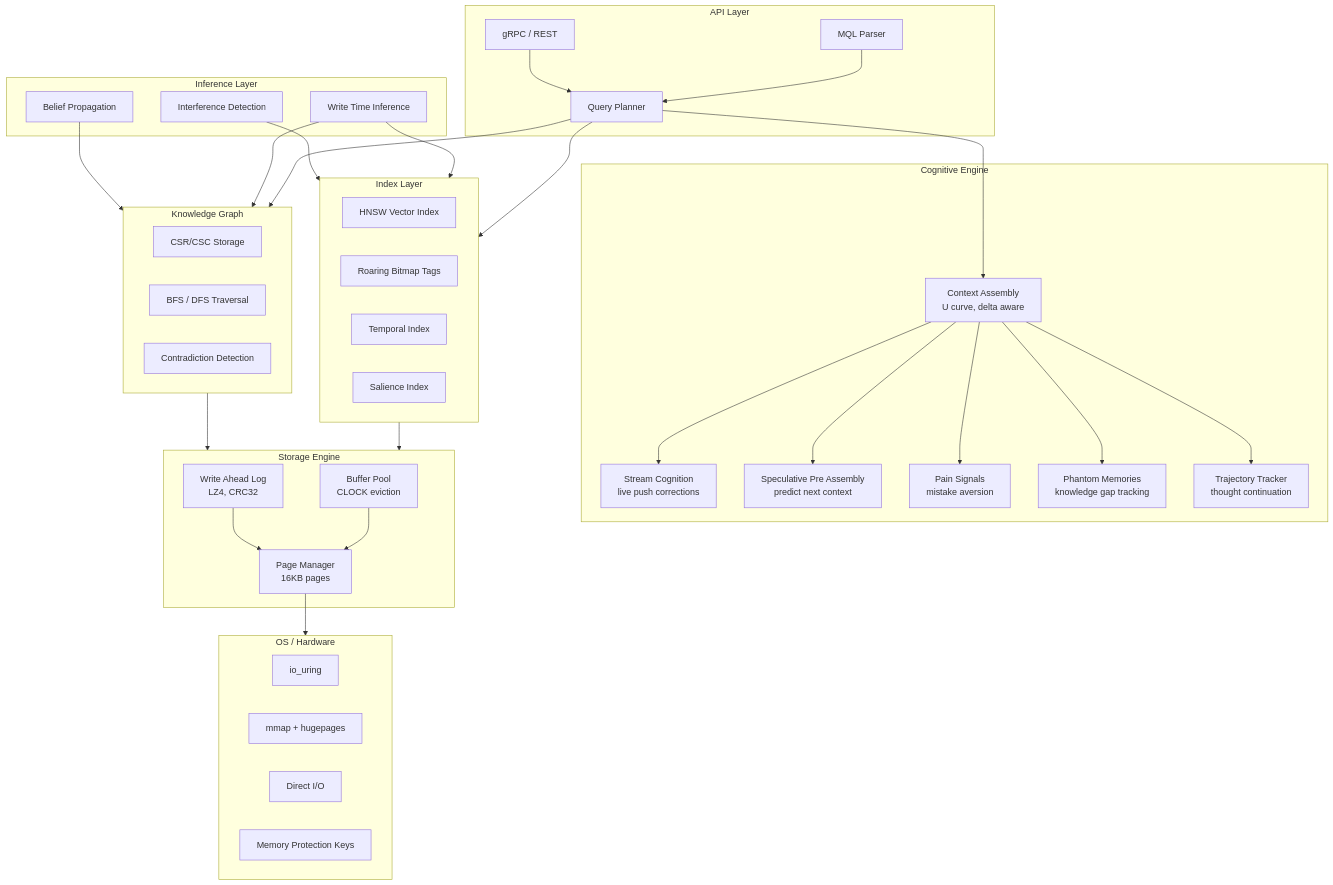
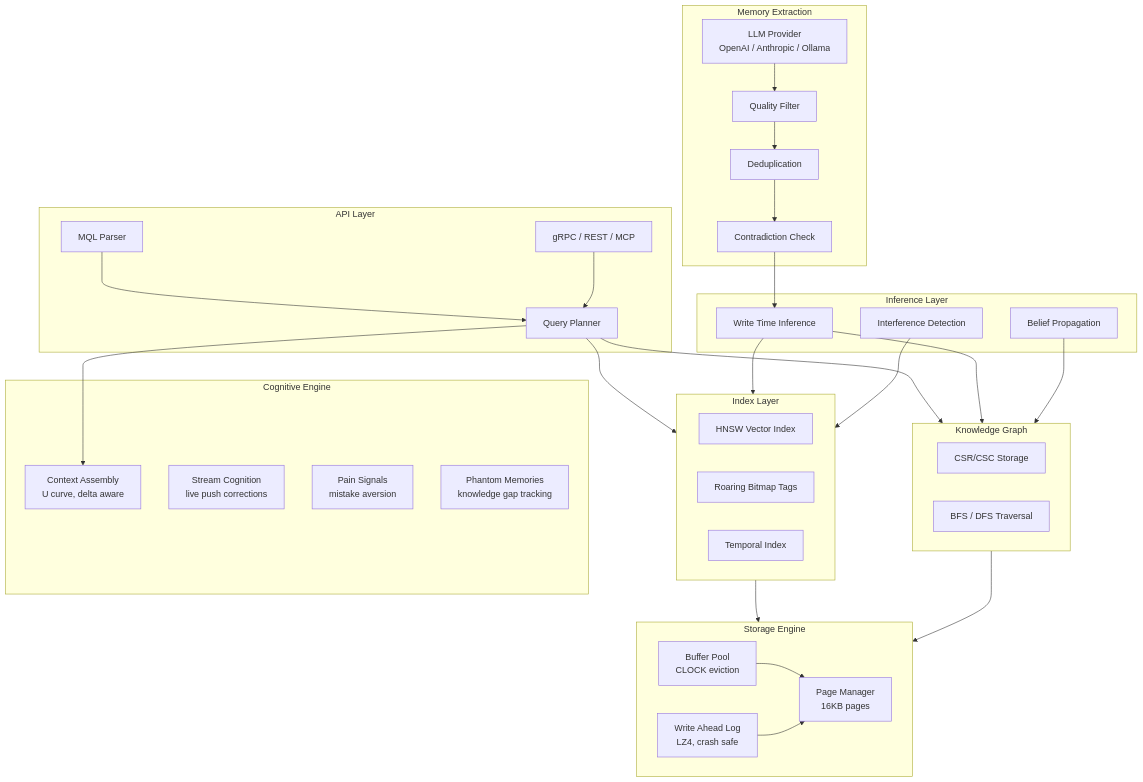
One commit to nambok/mentedb changed the diagram in README.md. Above: the diagram before and after it, drawn with Mermaid. The commit also changed other lines of this file, not shown here.

Commit message:
docs: comprehensive README with extraction, security, MCP, SDKs

````diff
--- a/README.md
+++ b/README.md
@@ -49,73 +169,64 @@
 ```mermaid
 graph TD
     subgraph API["API Layer"]
         MQL["MQL Parser"]
         QE["Query Planner"]
-        GRPC["gRPC / REST"]
+        GRPC["gRPC / REST / MCP"]
+    end
+
+    subgraph Extraction["Memory Extraction"]
+        LLM["LLM Provider<br/>OpenAI / Anthropic / Ollama"]
+        QF["Quality Filter"]
+        DEDUP["Deduplication"]
+        CONTRA_EX["Contradiction Check"]
     end
 
     subgraph Cognitive["Cognitive Engine"]
         CTX["Context Assembly<br/>U curve, delta aware"]
         STREAM["Stream Cognition<br/>live push corrections"]
-        SPEC["Speculative Pre Assembly<br/>predict next context"]
         PAIN["Pain Signals<br/>mistake aversion"]
         PHANTOM["Phantom Memories<br/>knowledge gap tracking"]
-        TRAJ["Trajectory Tracker<br/>thought continuation"]
     end
 
     subgraph Intelligence["Inference Layer"]
         BP["Belief Propagation"]
         WI["Write Time Inference"]
         INTERF["Interference Detection"]
     end
 
     subgraph Index["Index Layer"]
         HNSW["HNSW Vector Index"]
         ROAR["Roaring Bitmap Tags"]
         TEMP["Temporal Index"]
-        SAL["Salience Index"]
     end
 
     subgraph Graph["Knowledge Graph"]
         CSR["CSR/CSC Storage"]
         TRAV["BFS / DFS Traversal"]
-        CONTRA["Contradiction Detection"]
     end
 
     subgraph Storage["Storage Engine"]
         BUF["Buffer Pool<br/>CLOCK eviction"]
-        WAL["Write Ahead Log<br/>LZ4, CRC32"]
+        WAL["Write Ahead Log<br/>LZ4, crash safe"]
         PAGE["Page Manager<br/>16KB pages"]
     end
 
-    subgraph OS["OS / Hardware"]
-        URING["io_uring"]
-        MMAP["mmap + hugepages"]
-        DIO["Direct I/O"]
-        MPK["Memory Protection Keys"]
-    end
+    LLM --> QF --> DEDUP --> CONTRA_EX --> WI
 
     MQL --> QE
     GRPC --> QE
     QE --> CTX
     QE --> Index
     QE --> Graph
-
-    CTX --> STREAM
-    CTX --> SPEC
-    CTX --> PAIN
-    CTX --> PHANTOM
-    CTX --> TRAJ
 
     WI --> Graph
     WI --> Index
     BP --> Graph
     INTERF --> Index
 
     Index --> Storage
     Graph --> Storage
 
     BUF --> PAGE
     WAL --> PAGE
-    PAGE --> OS
 ```
````
